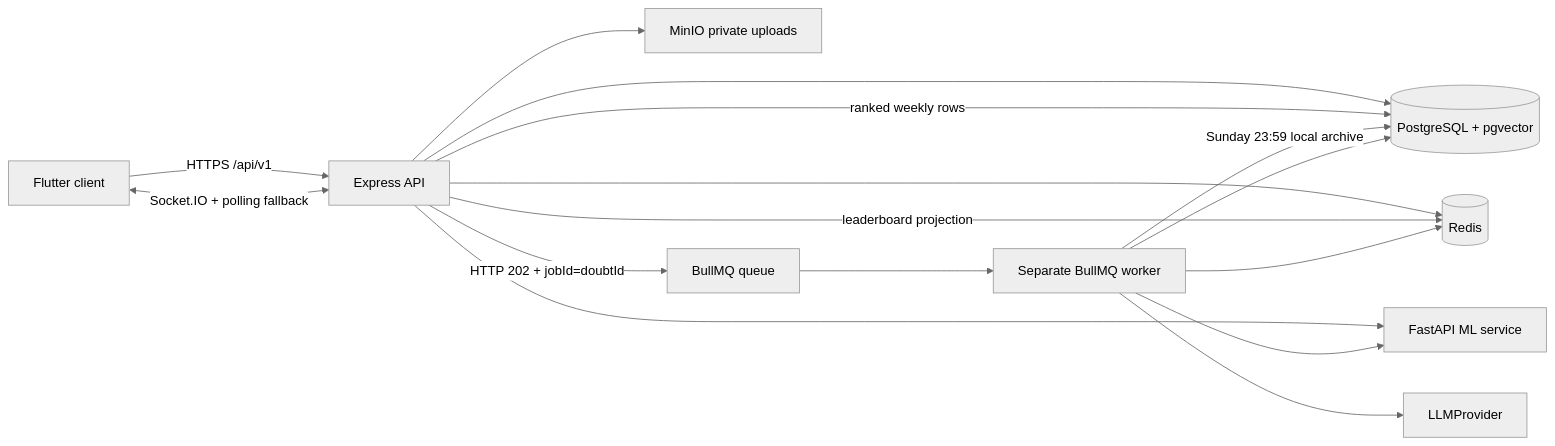
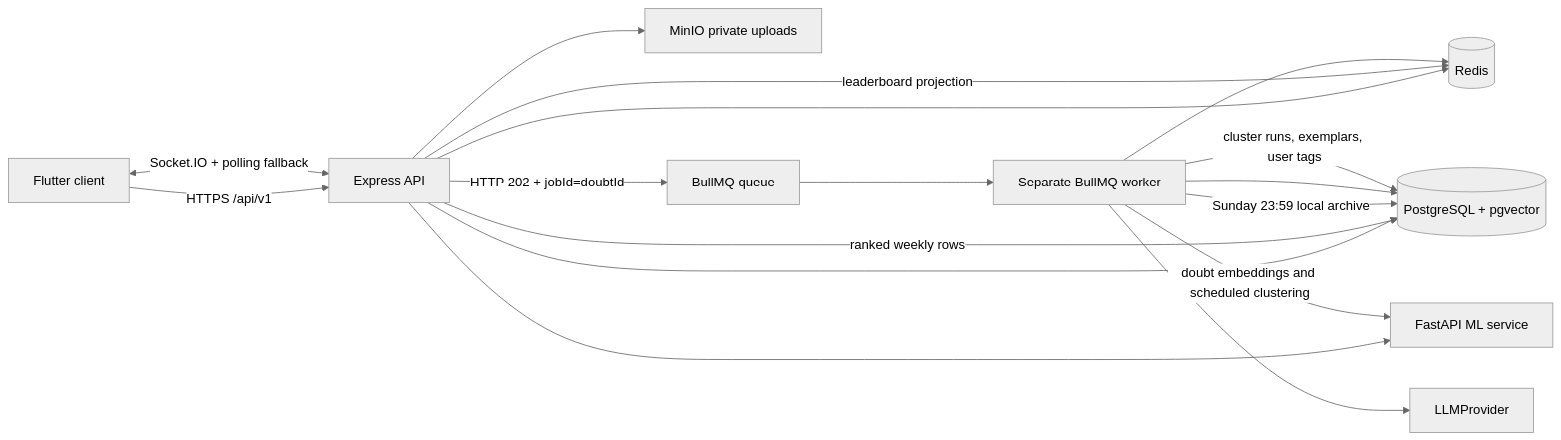
One commit to pranjals2004/solvix changed the diagram in docs/ARCHITECTURE.md. Above: the diagram before and after it, drawn with Mermaid (neutral theme). The commit also changed 24 other files, not shown here.

````diff
--- a/docs/ARCHITECTURE.md
+++ b/docs/ARCHITECTURE.md
@@ -3,18 +3,19 @@
 ```mermaid
 flowchart LR
   M[Flutter client] -->|HTTPS /api/v1| A[Express API]
   M <-->|Socket.IO + polling fallback| A
   A --> P[(PostgreSQL + pgvector)]
   A --> R[(Redis)]
   A -->|leaderboard projection| R
   A -->|ranked weekly rows| P
   A --> S[MinIO private uploads]
   A --> ML[FastAPI embeddings]
   A -->|HTTP 202 + jobId=doubtId| Q[BullMQ queue]
   Q --> W[Separate BullMQ worker]
   W -->|Sunday 23:59 local archive| P
   W --> P
   W --> R
   W --> L[LLMProvider]
-  W --> ML[FastAPI ML service]
+  W -->|doubt embeddings and scheduled clustering| ML[FastAPI ML service]
+  W -->|cluster runs, exemplars, user tags| P
 ```
````
